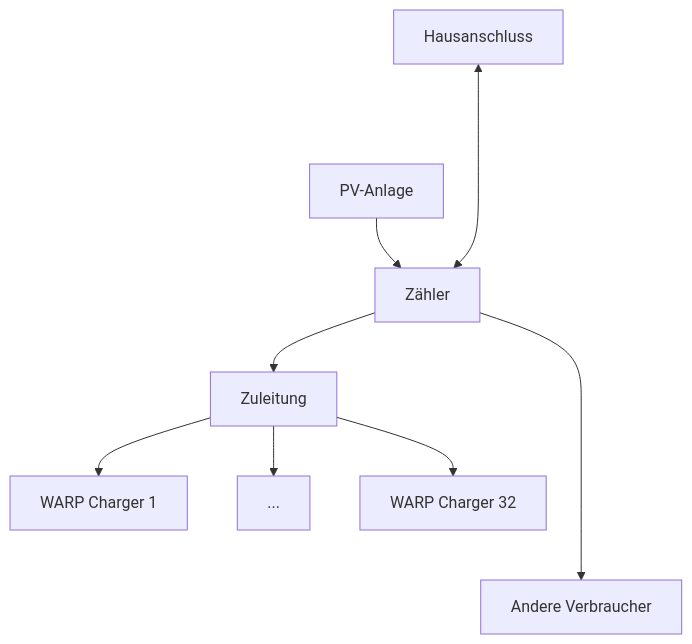
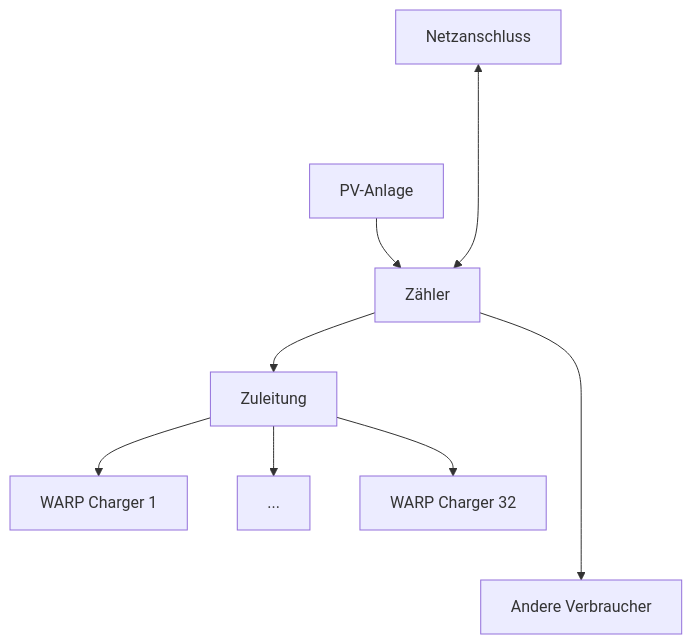
One commit to Tinkerforge/warp-charger changed the diagram in docs.warp-charger.com/docs/warp_charger/new_charge_management.md. Above: the diagram before and after it, drawn with Mermaid. The commit also changed other lines of this file, not shown here.

````diff
--- a/docs.warp-charger.com/docs/warp_charger/new_charge_management.md
+++ b/docs.warp-charger.com/docs/warp_charger/new_charge_management.md
@@ -3,10 +3,10 @@
 ```mermaid
 graph TB
     pv["PV-Anlage"]-->meter
-    grid["Hausanschluss"]<---->meter["Zähler"]
+    grid["Netzanschluss"]<---->meter["Zähler"]
     meter-->supply["Zuleitung"]
     meter---->consumer["Andere Verbraucher"]
     supply-->charger_1["WARP Charger 1"]
     supply-->charger_2["..."]
     supply-->charger_3["WARP Charger 32"]
 ```
````
